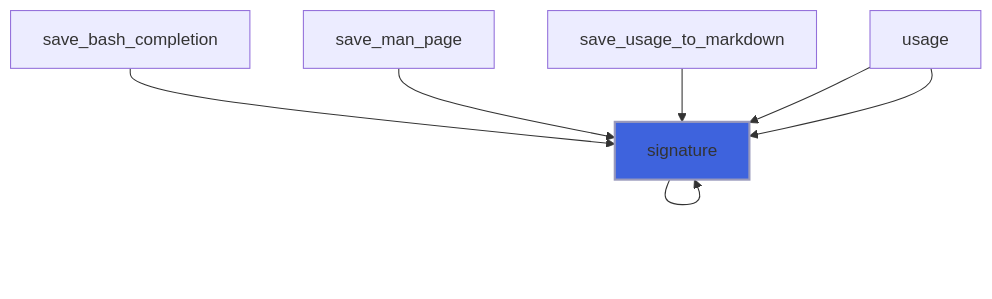
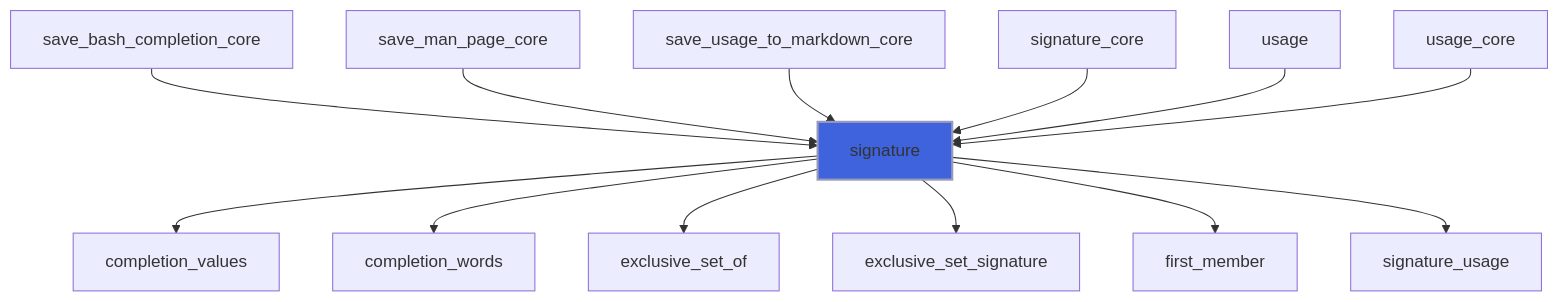
Before and after one commit to szaghi/FLAP: diagram 26 of 28 in docs/api/src/lib/flap_command_line_arguments_group_t.md, drawn with Mermaid. The commit also changed other lines of this file and 17 other files, not shown here.

````diff
--- a/docs/api/src/lib/flap_command_line_arguments_group_t.md
+++ b/docs/api/src/lib/flap_command_line_arguments_group_t.md
@@ -594,12 +1003,16 @@
 ```mermaid
 flowchart TD
-  save_bash_completion["save_bash_completion"] --> signature["signature"]
-  save_man_page["save_man_page"] --> signature["signature"]
-  save_usage_to_markdown["save_usage_to_markdown"] --> signature["signature"]
-  signature["signature"] --> signature["signature"]
-  signature["signature"] --> signature["signature"]
+  save_bash_completion_core["save_bash_completion_core"] --> signature["signature"]
+  save_man_page_core["save_man_page_core"] --> signature["signature"]
+  save_usage_to_markdown_core["save_usage_to_markdown_core"] --> signature["signature"]
+  signature_core["signature_core"] --> signature["signature"]
   usage["usage"] --> signature["signature"]
-  usage["usage"] --> signature["signature"]
-  signature["signature"] --> signature["signature"]
+  usage_core["usage_core"] --> signature["signature"]
+  signature["signature"] --> completion_values["completion_values"]
+  signature["signature"] --> completion_words["completion_words"]
+  signature["signature"] --> exclusive_set_of["exclusive_set_of"]
+  signature["signature"] --> exclusive_set_signature["exclusive_set_signature"]
+  signature["signature"] --> first_member["first_member"]
+  signature["signature"] --> signature_usage["signature_usage"]
   style signature fill:#3e63dd,stroke:#99b,stroke-width:2px
 ```
````
